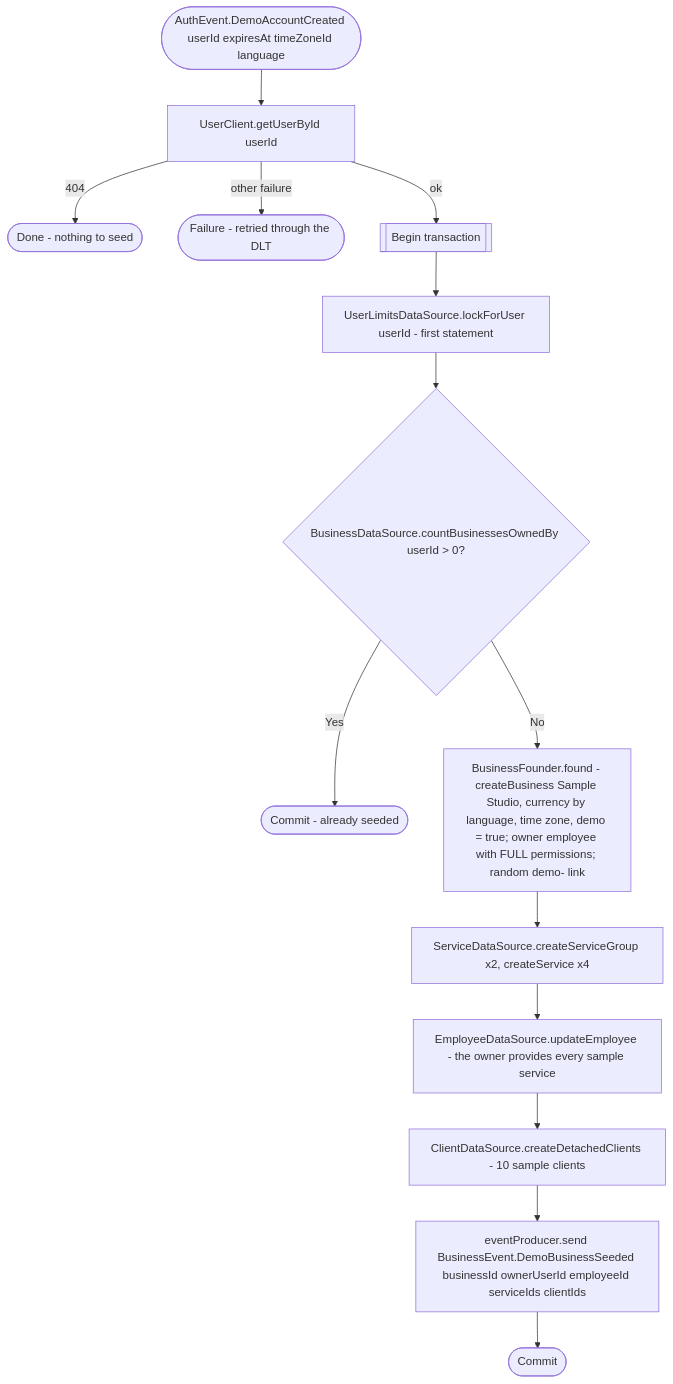
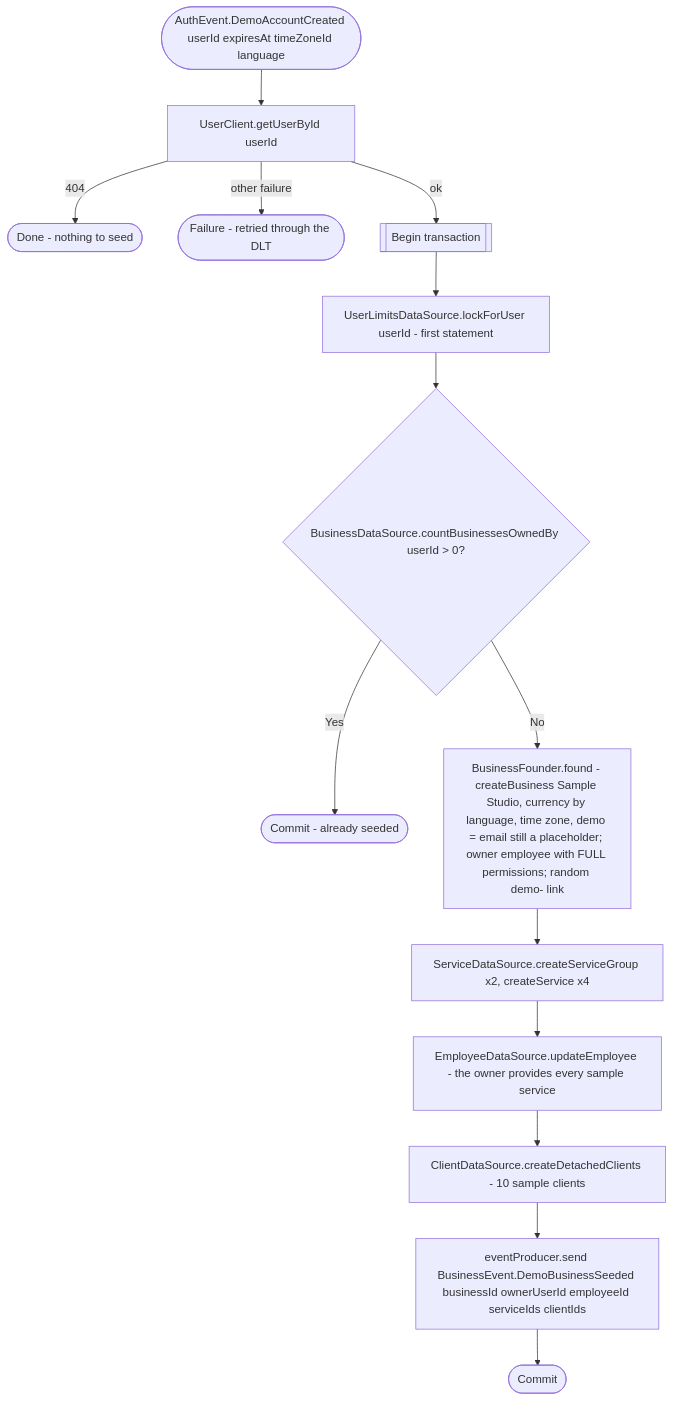
One commit to nocturneproperties/bookkme changed the diagram in docs/operations/business/on-demo-account-created.md. Above: the diagram before and after it, drawn with Mermaid. The commit also changed other lines of this file and 3 other files, not shown here.

Commit message:
[ISSUE-205] seed a regular business for a demo upgraded before its seed arrived

````diff
--- a/docs/operations/business/on-demo-account-created.md
+++ b/docs/operations/business/on-demo-account-created.md
@@ -23,16 +27,16 @@
 ```mermaid
 flowchart TD
     Start([AuthEvent.DemoAccountCreated userId expiresAt timeZoneId language]) --> Owner[UserClient.getUserById userId]
     Owner -- 404 --> Skip([Done - nothing to seed])
     Owner -- other failure --> Retry([Failure - retried through the DLT])
     Owner -- ok --> Tx[[Begin transaction]]
     Tx --> Lock[UserLimitsDataSource.lockForUser userId - first statement]
     Lock --> Owns{BusinessDataSource.countBusinessesOwnedBy userId > 0?}
     Owns -- Yes --> Done([Commit - already seeded])
-    Owns -- No --> Found[BusinessFounder.found - createBusiness Sample Studio, currency by language, time zone, demo = true; owner employee with FULL permissions; random demo- link]
+    Owns -- No --> Found[BusinessFounder.found - createBusiness Sample Studio, currency by language, time zone, demo = email still a placeholder; owner employee with FULL permissions; random demo- link]
     Found --> Services[ServiceDataSource.createServiceGroup x2, createService x4]
     Services --> Employee[EmployeeDataSource.updateEmployee - the owner provides every sample service]
     Employee --> Clients[ClientDataSource.createDetachedClients - 10 sample clients]
     Clients --> Event[eventProducer.send BusinessEvent.DemoBusinessSeeded businessId ownerUserId employeeId serviceIds clientIds]
     Event --> Commit([Commit])
 ```
````
